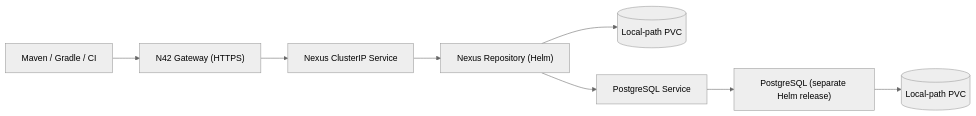
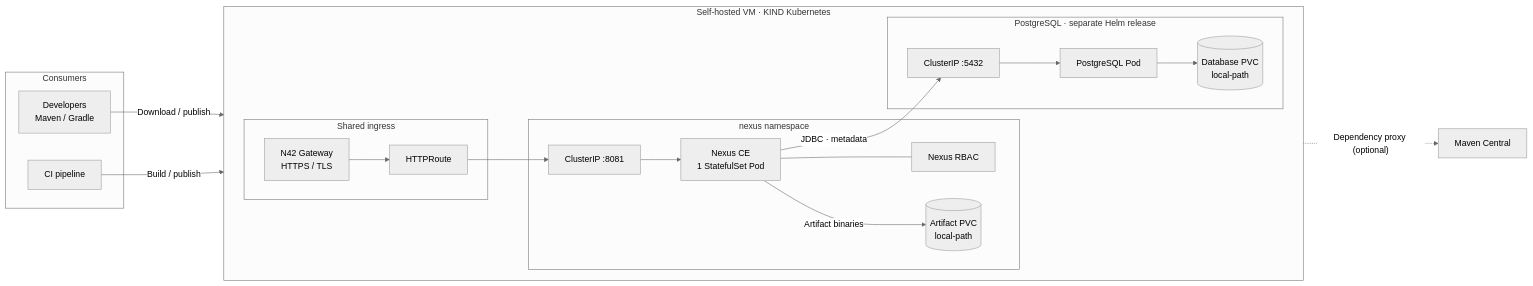
Before and after one commit to naren4b/cloud-platform-engineering-labs: the diagram in platform-engineering/core-02-nexus-artifact-repository/README.md, drawn with Mermaid (neutral theme). The commit also changed other lines of this file and 2 other files, not shown here.

First line of the commit message:
Nexus: solution assessment, architecture and staged Helm deployment (#4)

````diff
--- a/platform-engineering/core-02-nexus-artifact-repository/README.md
+++ b/platform-engineering/core-02-nexus-artifact-repository/README.md
@@ -7,10 +9,34 @@
 ```mermaid
 flowchart LR
-    Client["Maven / Gradle / CI"] --> Gateway["N42 Gateway (HTTPS)"]
-    Gateway --> Service["Nexus ClusterIP Service"]
-    Service --> Nexus["Nexus Repository (Helm)"]
-    Nexus --> Artifacts[("Local-path PVC")]
-    Nexus --> DBService["PostgreSQL Service"]
-    DBService --> PostgreSQL["PostgreSQL (separate Helm release)"]
-    PostgreSQL --> Database[("Local-path PVC")]
+    subgraph Consumers["Consumers"]
+        Dev["Developers<br/>Maven / Gradle"]
+        CI["CI pipeline"]
+    end
+
+    subgraph VM["Self-hosted VM · KIND Kubernetes"]
+        direction LR
+        subgraph Edge["Shared ingress"]
+            GW["N42 Gateway<br/>HTTPS / TLS"]
+            Route["HTTPRoute"]
+        end
+        subgraph AppNS["nexus namespace"]
+            Svc["ClusterIP :8081"]
+            Nexus["Nexus CE<br/>1 StatefulSet Pod"]
+            Artifacts[("Artifact PVC<br/>local-path")]
+            Auth["Nexus RBAC"]
+        end
+        subgraph DataNS["PostgreSQL · separate Helm release"]
+            PgSvc["ClusterIP :5432"]
+            Pg["PostgreSQL Pod"]
+            Db[("Database PVC<br/>local-path")]
+        end
+    end
+
+    Dev -->|"Download / publish"| GW
+    CI -->|"Build / publish"| GW
+    GW --> Route --> Svc --> Nexus
+    Nexus --- Auth
+    Nexus -->|"Artifact binaries"| Artifacts
+    Nexus -->|"JDBC · metadata"| PgSvc --> Pg --> Db
+    Nexus -.->|"Dependency proxy (optional)"| Central["Maven Central"]
 ```
````
